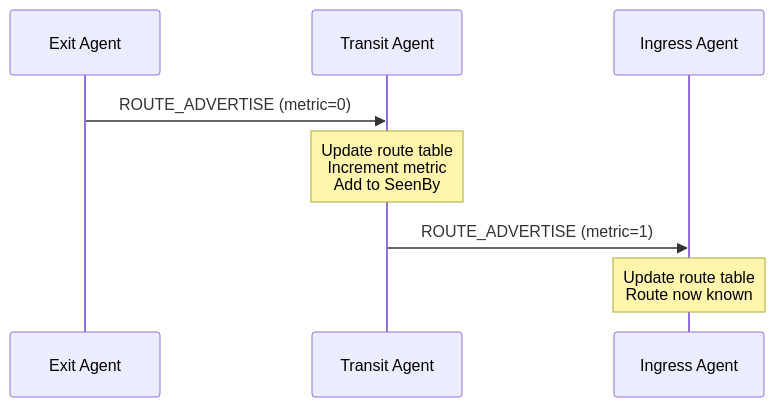
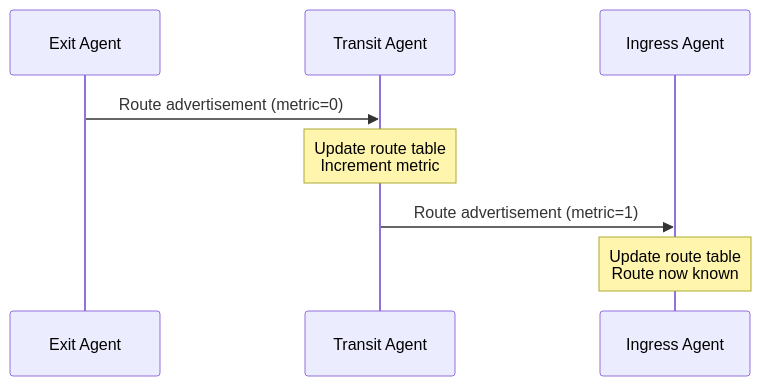
The third of 4 diagrams in docs/docs/concepts/architecture.md (postalsys/Muti-Metroo), drawn with Mermaid before and after one commit. The commit also changed other lines of this file and 9 other files, not shown here.

````diff
--- a/docs/docs/concepts/architecture.md
+++ b/docs/docs/concepts/architecture.md
@@ -156,11 +156,11 @@
 ```mermaid
 sequenceDiagram
     participant Exit as Exit Agent
     participant Transit as Transit Agent
     participant Ingress as Ingress Agent
 
-    Exit->>Transit: ROUTE_ADVERTISE (metric=0)
-    Note over Transit: Update route table<br/>Increment metric<br/>Add to SeenBy
-    Transit->>Ingress: ROUTE_ADVERTISE (metric=1)
+    Exit->>Transit: Route advertisement (metric=0)
+    Note over Transit: Update route table<br/>Increment metric
+    Transit->>Ingress: Route advertisement (metric=1)
     Note over Ingress: Update route table<br/>Route now known
 ```
````
